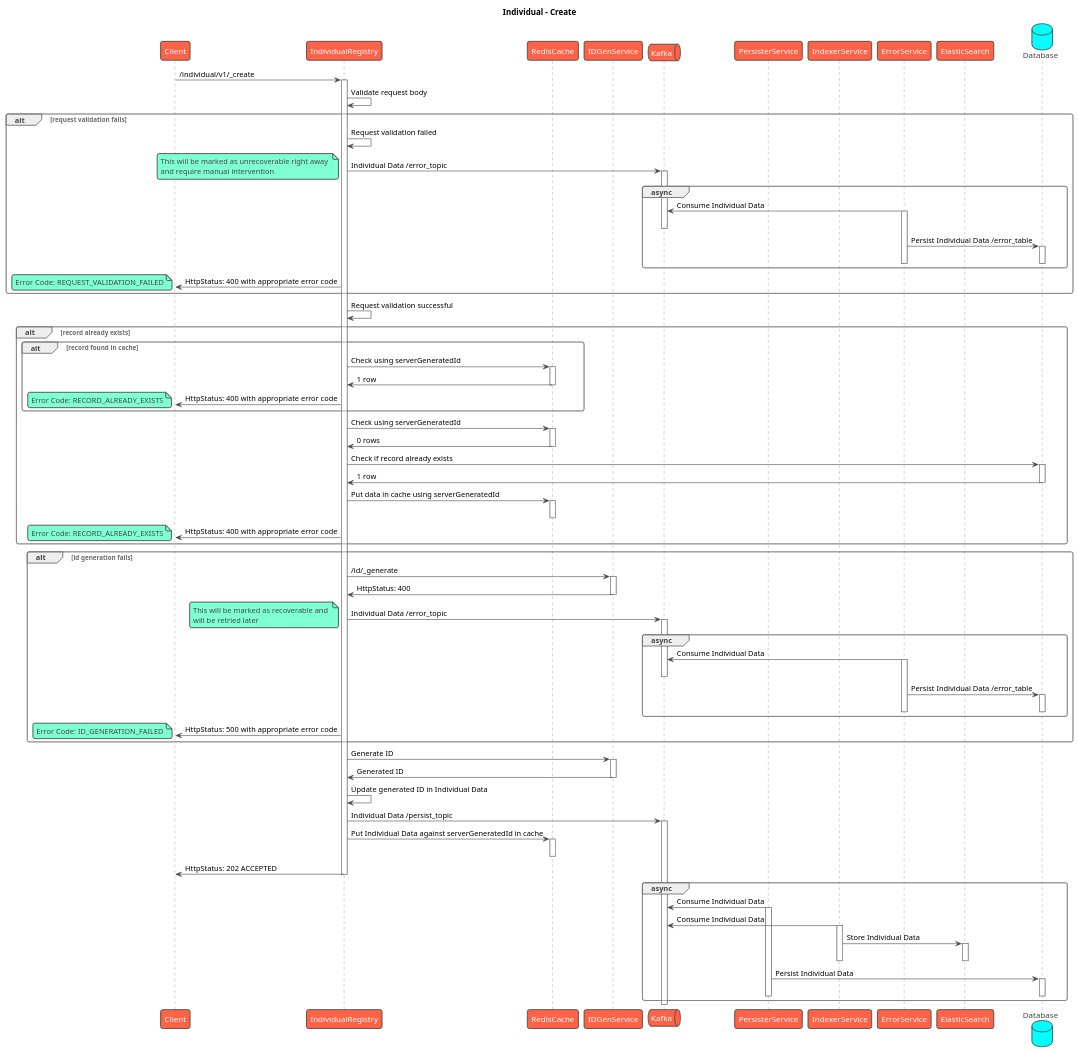
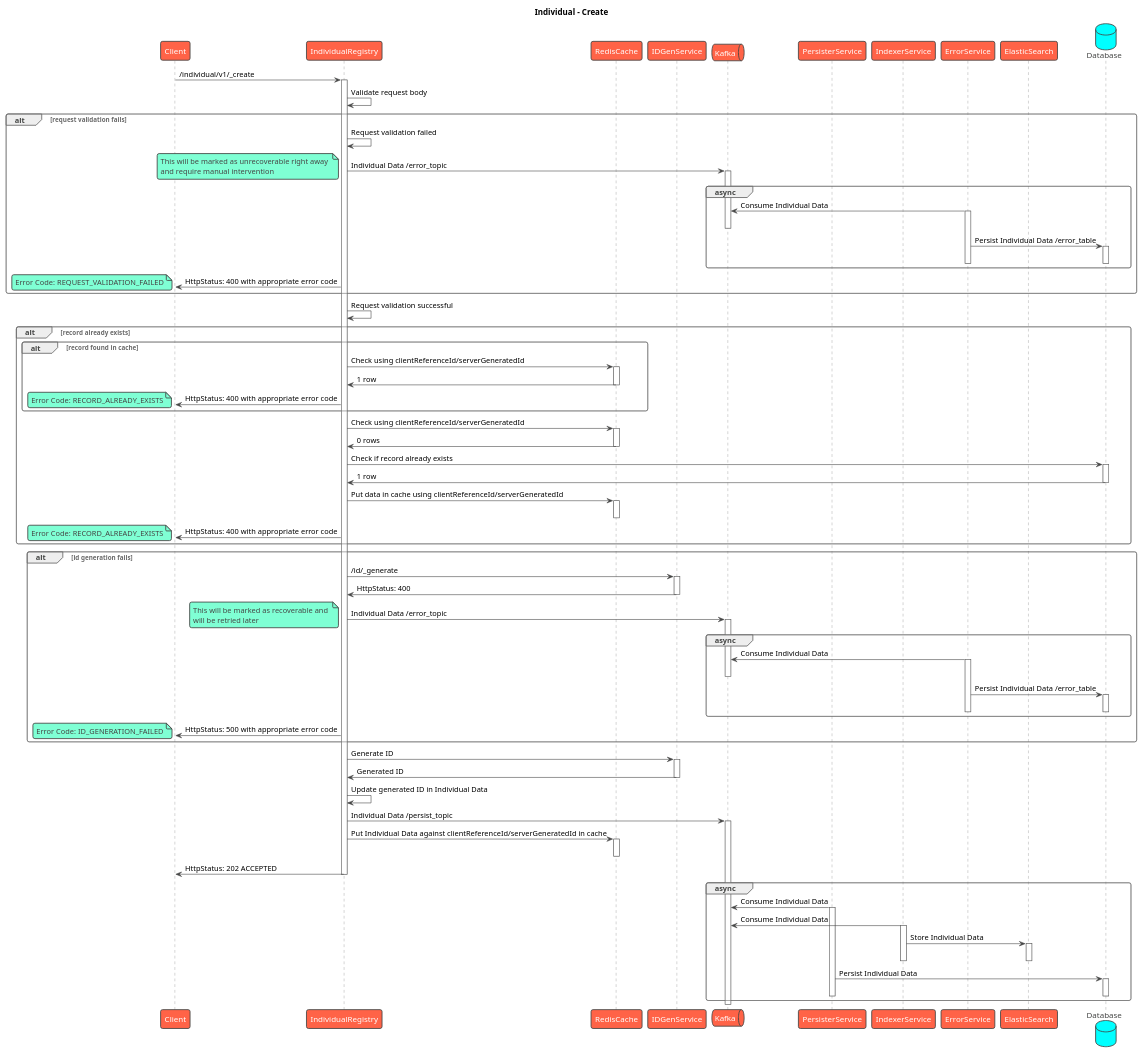
One commit to egovernments/health-api-specs changed the diagram in contracts/registries/individual/sequence/create.puml. Above: the diagram before and after it, drawn with PlantUML. The commit also changed 15 other files, not shown here.

First line of the commit message:
Sequence: /project/v1/_search and /project/v1/_update

```diff
--- a/contracts/registries/individual/sequence/create.puml
+++ b/contracts/registries/individual/sequence/create.puml
@@ -1,119 +1,119 @@
 @startuml
 title Individual - Create
 !theme vibrant
 participant Client as c
 participant IndividualRegistry as s
 participant RedisCache as rc
 participant IDGenService as idgen
 queue Kafka as k
 participant PersisterService as prs
 participant IndexerService as idx
 participant ErrorService as es
 participant ElasticSearch as el
 database Database as db
 c -> s : /individual/v1/_create
 activate s
 s -> s: Validate request body
 alt request validation fails
     s -> s: Request validation failed
     s -> k: Individual Data /error_topic
     note left
         This will be marked as unrecoverable right away 
         and require manual intervention
     end note
     activate k
     group async
         es -> k: Consume Individual Data
         activate es
         deactivate k
         es -> db: Persist Individual Data /error_table
         activate db
         deactivate db
         deactivate es
     end
     s -> c: HttpStatus: 400 with appropriate error code
     note left
       Error Code: REQUEST_VALIDATION_FAILED
     end note
 end
 s -> s: Request validation successful
 alt record already exists
     alt record found in cache
-      s -> rc: Check using serverGeneratedId
+      s -> rc: Check using clientReferenceId/serverGeneratedId
       activate rc
       rc -> s: 1 row
       deactivate rc
       s -> c: HttpStatus: 400 with appropriate error code
       note left
           Error Code: RECORD_ALREADY_EXISTS
       end note
     end
-    s -> rc: Check using serverGeneratedId
+    s -> rc: Check using clientReferenceId/serverGeneratedId
     activate rc
     rc -> s: 0 rows
     deactivate rc
     s -> db: Check if record already exists
     activate db
     db -> s: 1 row
     deactivate db
-    s -> rc: Put data in cache using serverGeneratedId
+    s -> rc: Put data in cache using clientReferenceId/serverGeneratedId
     activate rc
     deactivate rc
     s -> c: HttpStatus: 400 with appropriate error code
     note left
         Error Code: RECORD_ALREADY_EXISTS
     end note
 end
 alt id generation fails
     s -> idgen: /id/_generate
     activate idgen
     idgen -> s: HttpStatus: 400
     deactivate idgen
     s -> k: Individual Data /error_topic
     note left
         This will be marked as recoverable and 
         will be retried later
     end note
     activate k
     group async
         es -> k: Consume Individual Data
         activate es
         deactivate k
         es -> db: Persist Individual Data /error_table
         activate db
         deactivate db
         deactivate es
     end
     s -> c: HttpStatus: 500 with appropriate error code
     note left
       Error Code: ID_GENERATION_FAILED
     end note
 end
 s -> idgen: Generate ID
 activate idgen
 idgen -> s: Generated ID
 deactivate idgen
 s -> s: Update generated ID in Individual Data
 s -> k: Individual Data /persist_topic
 activate k
-s -> rc: Put Individual Data against serverGeneratedId in cache
+s -> rc: Put Individual Data against clientReferenceId/serverGeneratedId in cache
 activate rc
 deactivate rc
 s -> c: HttpStatus: 202 ACCEPTED
 deactivate s
 group async
     prs -> k: Consume Individual Data
     activate prs
     idx -> k: Consume Individual Data
     activate idx
     idx -> el: Store Individual Data
     activate el
     deactivate el
     deactivate idx
     prs -> db: Persist Individual Data
     activate db
     deactivate db
     deactivate prs
 end
 deactivate k
 @enduml
```
